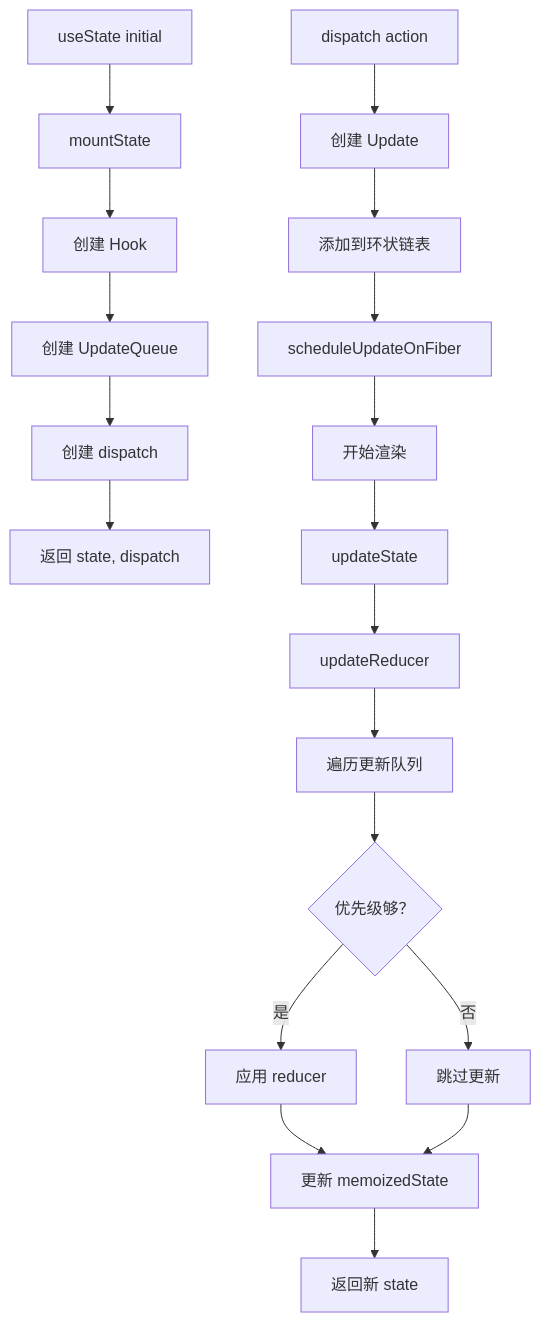
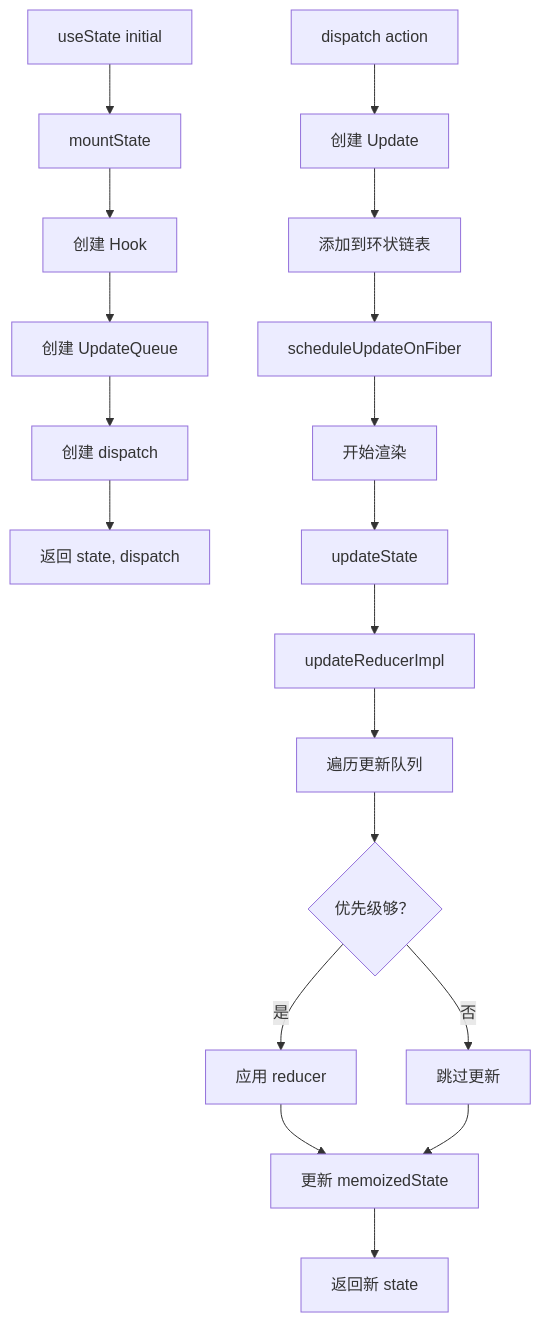
One commit to xuyuxiong/react-source-code-analysis changed the diagram in docs/implementation/use-state.md. Above: the diagram before and after it, drawn with Mermaid. The commit also changed other lines of this file and 13 other files, not shown here.

````diff
--- a/docs/implementation/use-state.md
+++ b/docs/implementation/use-state.md
@@ -303,22 +498,22 @@
 ```mermaid
 graph TD
     A[useState initial] --> B[mountState]
     B --> C[创建 Hook]
     C --> D[创建 UpdateQueue]
     D --> E[创建 dispatch]
     E --> F[返回 state, dispatch]
     
     G[dispatch action] --> H[创建 Update]
     H --> I[添加到环状链表]
     I --> J[scheduleUpdateOnFiber]
     J --> K[开始渲染]
     K --> L[updateState]
-    L --> M[updateReducer]
+    L --> M[updateReducerImpl]
     M --> N[遍历更新队列]
     N --> O{优先级够？}
     O -->|是 | P[应用 reducer]
     O -->|否 | Q[跳过更新]
     P --> R[更新 memoizedState]
     Q --> R
     R --> S[返回新 state]
 ```
````
